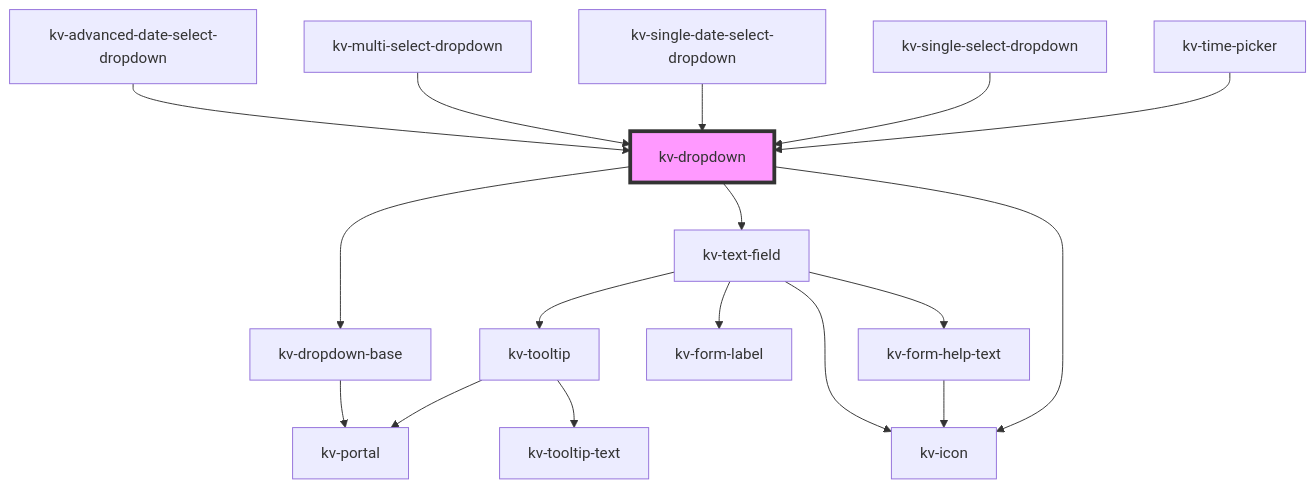
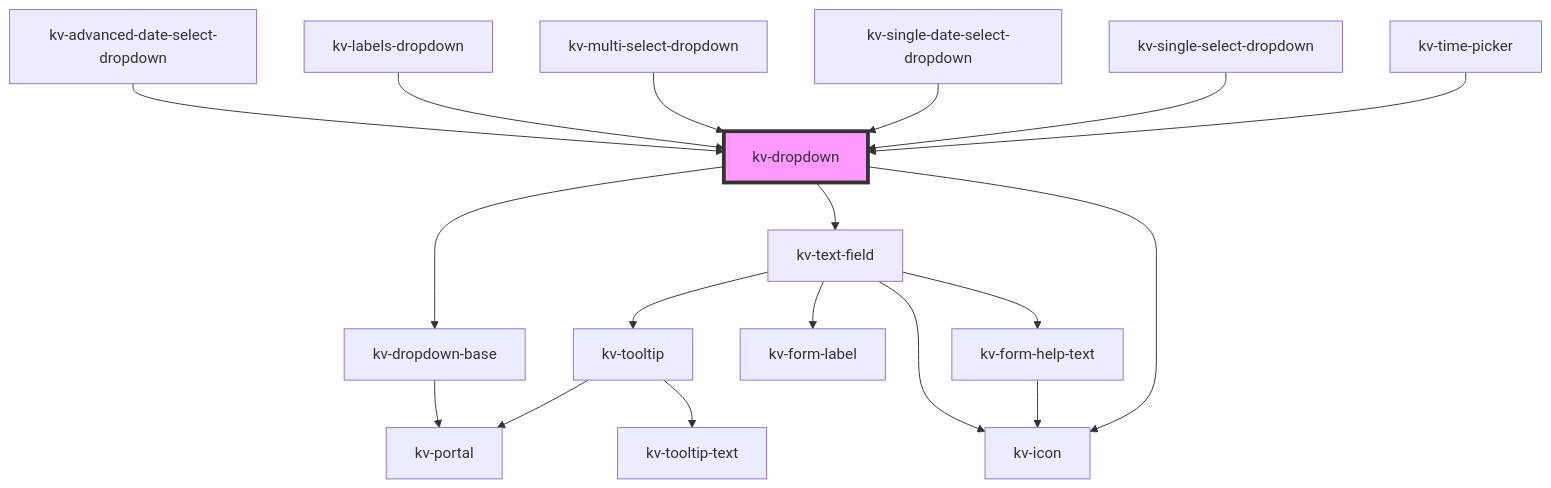
Before and after one commit to kelvininc/ui-components: the diagram in packages/ui-components/src/components/dropdown/readme.md, drawn with Mermaid. The commit also changed other lines of this file and 43 other files, not shown here.

First line of the commit message:
feat(labels-dropdown)!: add component

````diff
--- a/packages/ui-components/src/components/dropdown/readme.md
+++ b/packages/ui-components/src/components/dropdown/readme.md
@@ -142,20 +143,21 @@
 ```mermaid
 graph TD;
   kv-dropdown --> kv-dropdown-base
   kv-dropdown --> kv-text-field
   kv-dropdown --> kv-icon
   kv-dropdown-base --> kv-portal
   kv-text-field --> kv-tooltip
   kv-text-field --> kv-form-label
   kv-text-field --> kv-icon
   kv-text-field --> kv-form-help-text
   kv-tooltip --> kv-portal
   kv-tooltip --> kv-tooltip-text
   kv-form-help-text --> kv-icon
   kv-advanced-date-select-dropdown --> kv-dropdown
+  kv-labels-dropdown --> kv-dropdown
   kv-multi-select-dropdown --> kv-dropdown
   kv-single-date-select-dropdown --> kv-dropdown
   kv-single-select-dropdown --> kv-dropdown
   kv-time-picker --> kv-dropdown
   style kv-dropdown fill:#f9f,stroke:#333,stroke-width:4px
 ```
````
